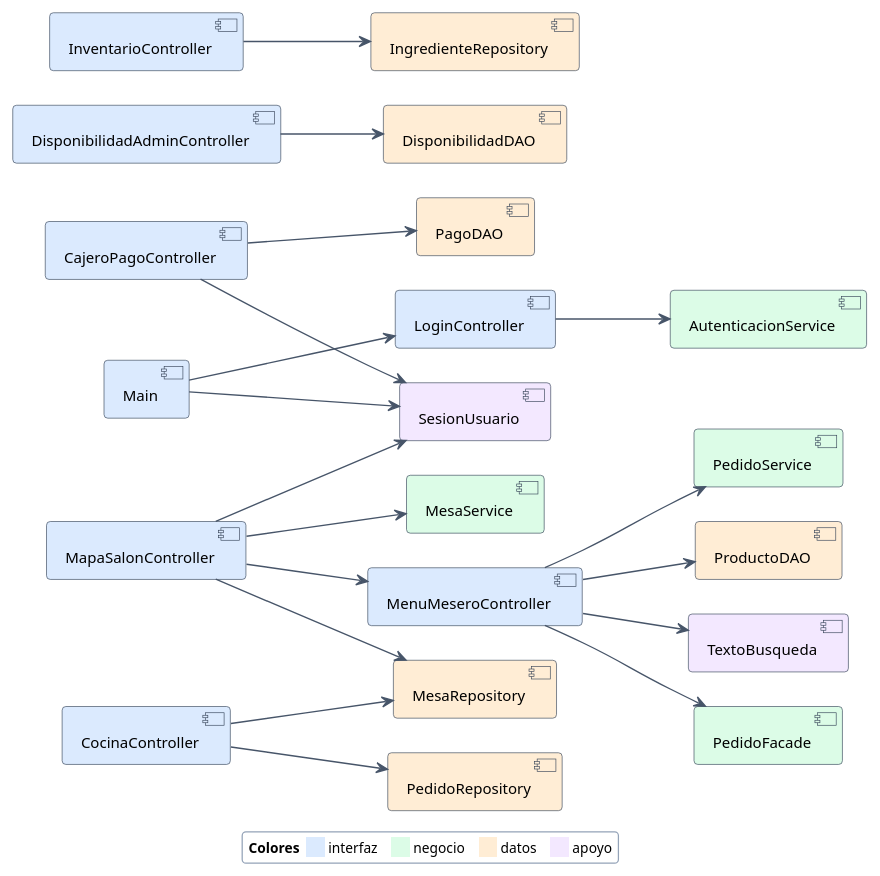
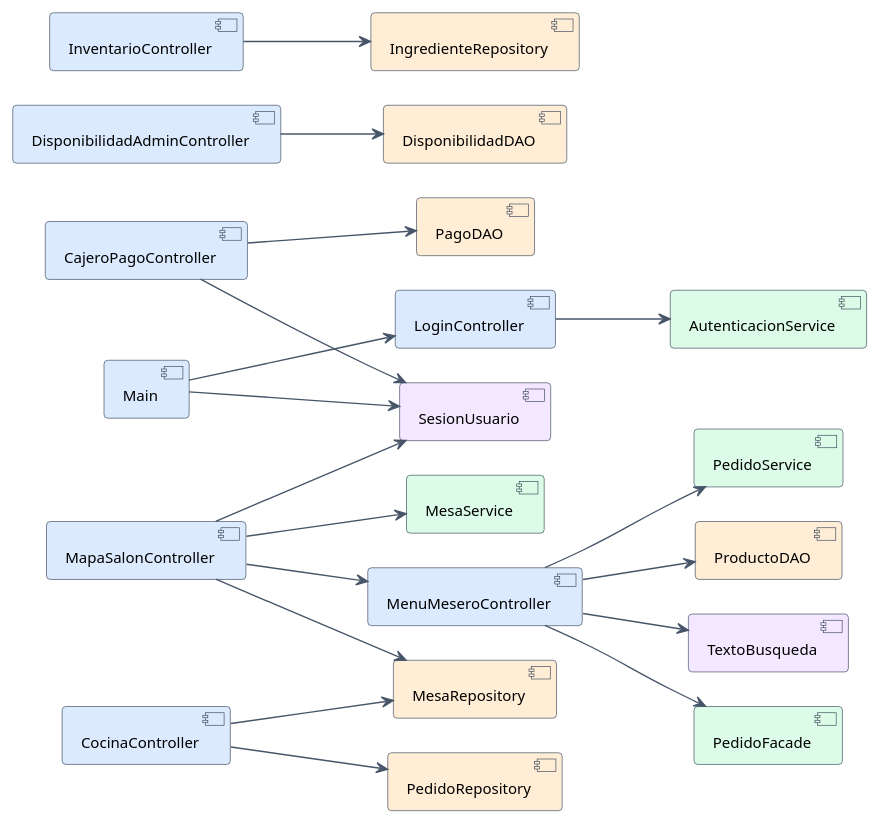
One commit to puj-course/FIS_2630_1204_G2 changed the diagram in docs/diagramas-fuente/DiagramaComponentes_S2_UI.puml. Above: the diagram before and after it, drawn with PlantUML. The commit also changed 6 other files, not shown here.

```diff
--- a/docs/diagramas-fuente/DiagramaComponentes_S2_UI.puml
+++ b/docs/diagramas-fuente/DiagramaComponentes_S2_UI.puml
@@ -1,61 +1,58 @@
 @startuml
 left to right direction
 skinparam backgroundColor #FFFFFF
 skinparam shadowing false
 skinparam defaultFontName Helvetica
 skinparam roundCorner 6
 skinparam nodesep 28
 skinparam ranksep 70
 skinparam ArrowColor #475569
 skinparam ArrowFontSize 11
 skinparam ArrowThickness 1.1
 skinparam PackageBorderColor #94A3B8
 skinparam PackageFontStyle bold
 skinparam PackageFontSize 13
 skinparam ComponentBackgroundColor #FFFFFF
 skinparam ComponentFontSize 12
 skinparam ComponentBorderColor #334155
 skinparam legendBackgroundColor #FFFFFF
 skinparam legendBorderColor #94A3B8
 skinparam legendFontSize 11
   component "CajeroPagoController" as c_CajeroPagoController #DBEAFE
   component "CocinaController" as c_CocinaController #DBEAFE
   component "DisponibilidadAdminController" as c_DisponibilidadAdminController #DBEAFE
   component "InventarioController" as c_InventarioController #DBEAFE
   component "LoginController" as c_LoginController #DBEAFE
   component "Main" as c_Main #DBEAFE
   component "MapaSalonController" as c_MapaSalonController #DBEAFE
   component "MenuMeseroController" as c_MenuMeseroController #DBEAFE
   component "AutenticacionService" as c_AutenticacionService #DCFCE7
   component "MesaService" as c_MesaService #DCFCE7
   component "PedidoFacade" as c_PedidoFacade #DCFCE7
   component "PedidoService" as c_PedidoService #DCFCE7
   component "DisponibilidadDAO" as c_DisponibilidadDAO #FFEDD5
   component "IngredienteRepository" as c_IngredienteRepository #FFEDD5
   component "MesaRepository" as c_MesaRepository #FFEDD5
   component "PagoDAO" as c_PagoDAO #FFEDD5
   component "PedidoRepository" as c_PedidoRepository #FFEDD5
   component "ProductoDAO" as c_ProductoDAO #FFEDD5
   component "SesionUsuario" as c_SesionUsuario #F3E8FF
   component "TextoBusqueda" as c_TextoBusqueda #F3E8FF
 c_CajeroPagoController --> c_PagoDAO
 c_CajeroPagoController --> c_SesionUsuario
 c_CocinaController --> c_MesaRepository
 c_CocinaController --> c_PedidoRepository
 c_DisponibilidadAdminController --> c_DisponibilidadDAO
 c_InventarioController --> c_IngredienteRepository
 c_LoginController --> c_AutenticacionService
 c_Main --> c_LoginController
 c_Main --> c_SesionUsuario
 c_MapaSalonController --> c_MenuMeseroController
 c_MapaSalonController --> c_MesaRepository
 c_MapaSalonController --> c_MesaService
 c_MapaSalonController --> c_SesionUsuario
 c_MenuMeseroController --> c_PedidoFacade
 c_MenuMeseroController --> c_PedidoService
 c_MenuMeseroController --> c_ProductoDAO
 c_MenuMeseroController --> c_TextoBusqueda
-legend bottom
-<b>Colores</b>  <back:#DBEAFE>     </back> interfaz    <back:#DCFCE7>     </back> negocio    <back:#FFEDD5>     </back> datos    <back:#F3E8FF>     </back> apoyo
-endlegend
 @enduml
```
